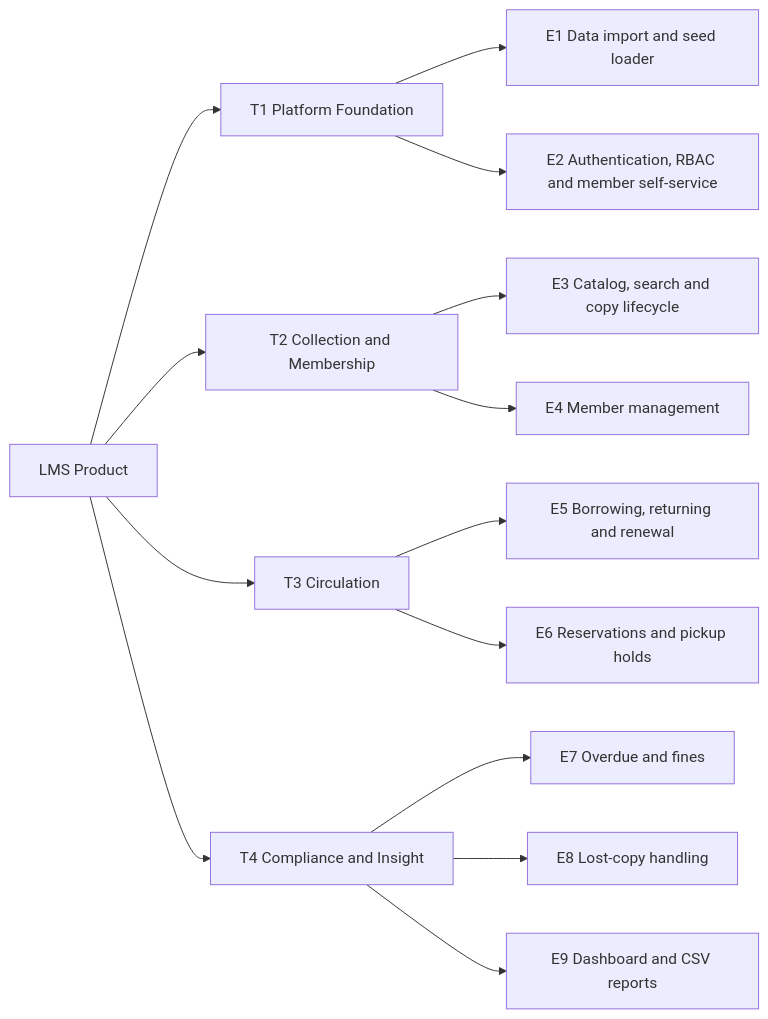
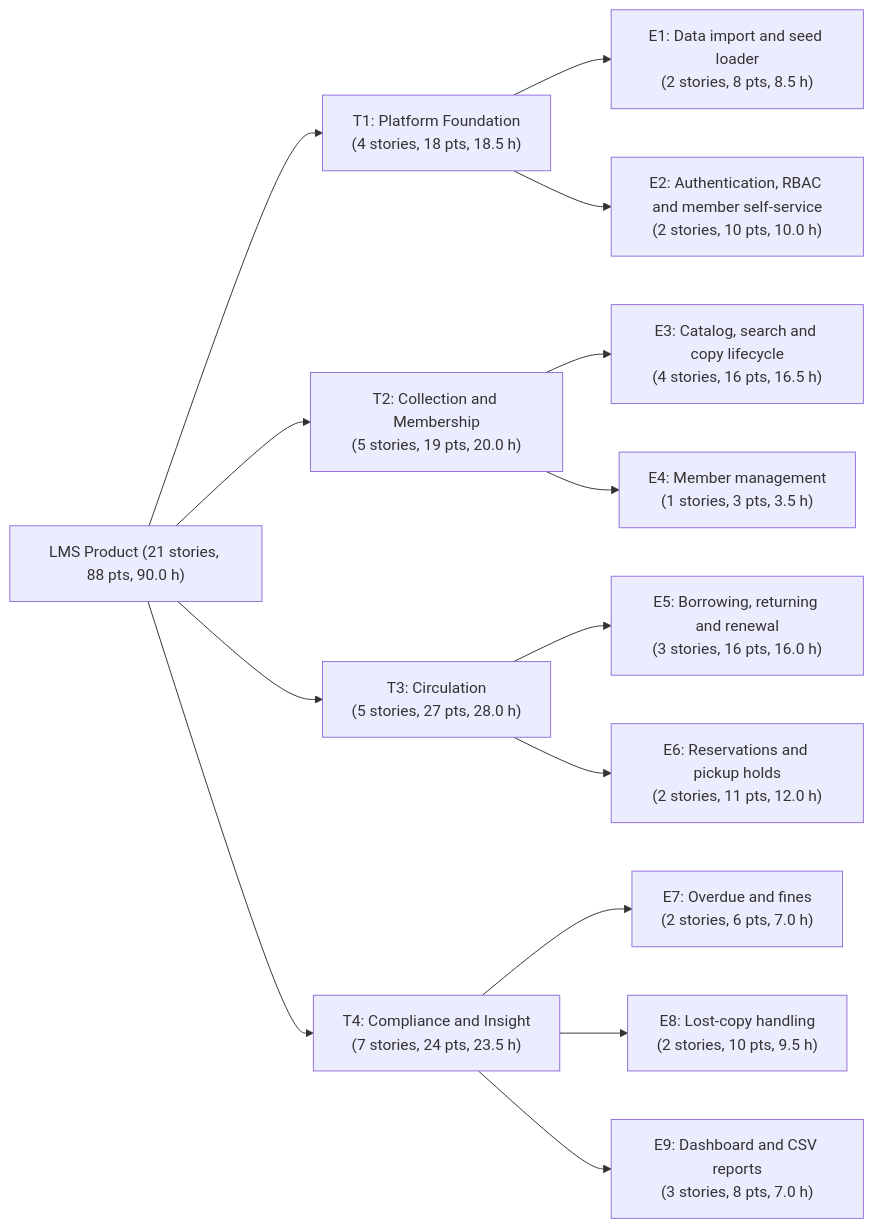
One commit to ibrahimtemur/cse305-library-management-system changed the diagram in docs/02-inception/THEMES_EPICS.md. Above: the diagram before and after it, drawn with Mermaid. The commit also changed other lines of this file and 6 other files, not shown here.

````diff
--- a/docs/02-inception/THEMES_EPICS.md
+++ b/docs/02-inception/THEMES_EPICS.md
@@ -32,17 +32,17 @@
 ```mermaid
 flowchart LR
-  P["LMS Product"]
-  P --> T1["T1 Platform Foundation"]
-  T1 --> E1["E1 Data import and seed loader"]
-  T1 --> E2["E2 Authentication, RBAC and member self-service"]
-  P --> T2["T2 Collection and Membership"]
-  T2 --> E3["E3 Catalog, search and copy lifecycle"]
-  T2 --> E4["E4 Member management"]
-  P --> T3["T3 Circulation"]
-  T3 --> E5["E5 Borrowing, returning and renewal"]
-  T3 --> E6["E6 Reservations and pickup holds"]
-  P --> T4["T4 Compliance and Insight"]
-  T4 --> E7["E7 Overdue and fines"]
-  T4 --> E8["E8 Lost-copy handling"]
-  T4 --> E9["E9 Dashboard and CSV reports"]
+  P["LMS Product (21 stories, 88 pts, 90.0 h)"]
+  P --> T1["T1: Platform Foundation\n(4 stories, 18 pts, 18.5 h)"]
+  T1 --> E1["E1: Data import and seed loader\n(2 stories, 8 pts, 8.5 h)"]
+  T1 --> E2["E2: Authentication, RBAC and member self-service\n(2 stories, 10 pts, 10.0 h)"]
+  P --> T2["T2: Collection and Membership\n(5 stories, 19 pts, 20.0 h)"]
+  T2 --> E3["E3: Catalog, search and copy lifecycle\n(4 stories, 16 pts, 16.5 h)"]
+  T2 --> E4["E4: Member management\n(1 stories, 3 pts, 3.5 h)"]
+  P --> T3["T3: Circulation\n(5 stories, 27 pts, 28.0 h)"]
+  T3 --> E5["E5: Borrowing, returning and renewal\n(3 stories, 16 pts, 16.0 h)"]
+  T3 --> E6["E6: Reservations and pickup holds\n(2 stories, 11 pts, 12.0 h)"]
+  P --> T4["T4: Compliance and Insight\n(7 stories, 24 pts, 23.5 h)"]
+  T4 --> E7["E7: Overdue and fines\n(2 stories, 6 pts, 7.0 h)"]
+  T4 --> E8["E8: Lost-copy handling\n(2 stories, 10 pts, 9.5 h)"]
+  T4 --> E9["E9: Dashboard and CSV reports\n(3 stories, 8 pts, 7.0 h)"]
 ```
````
